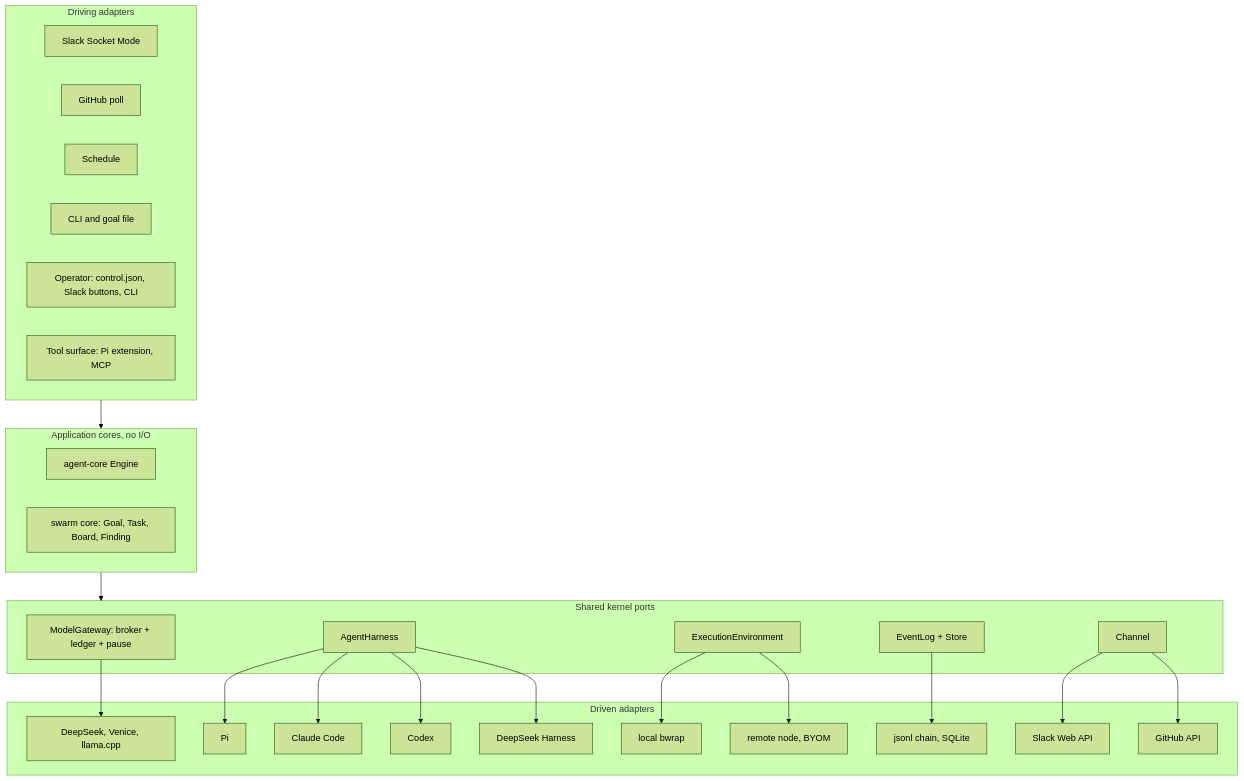
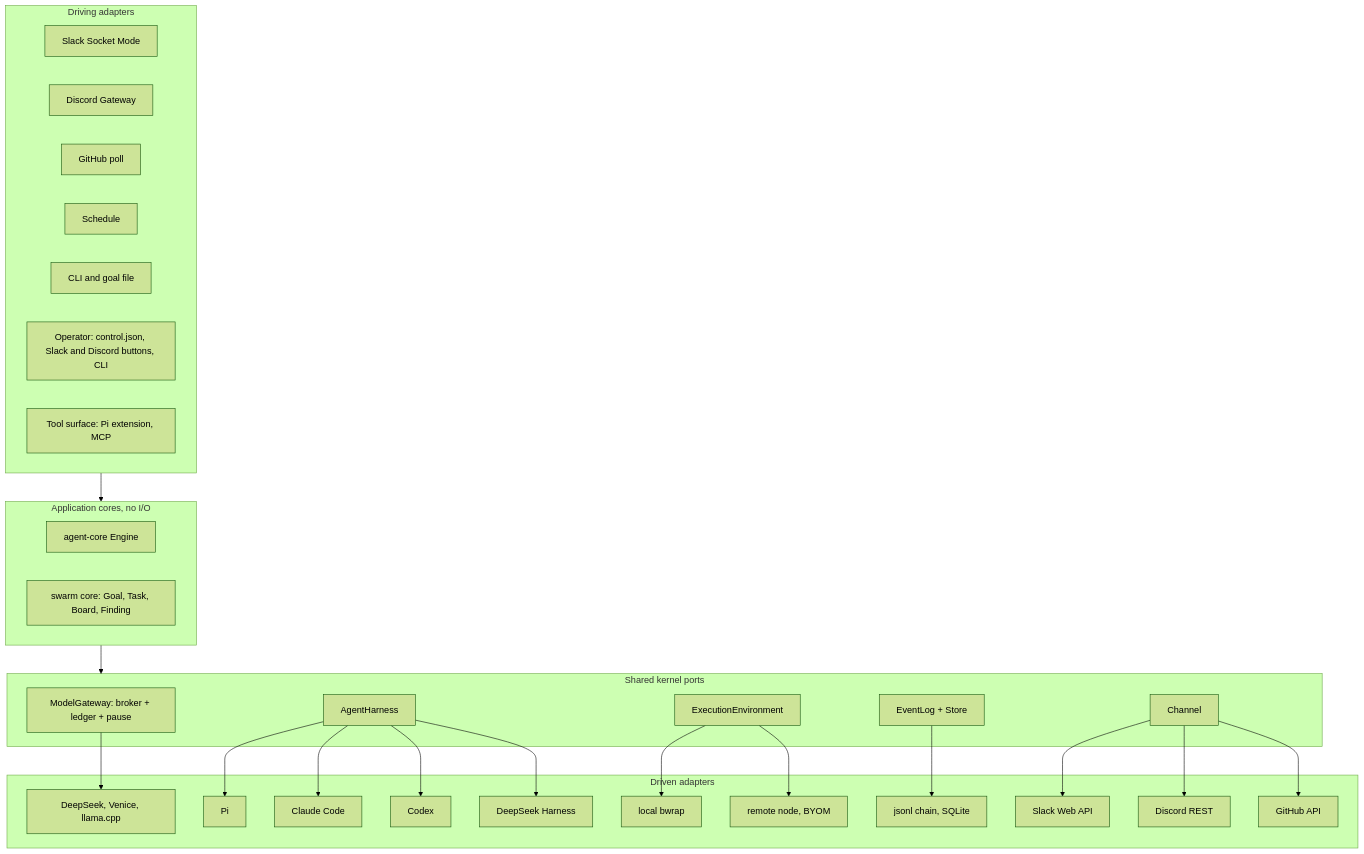
The second of 2 diagrams in docs/agent-mode/README.md (GuiBibeau/solos-swarm), drawn with Mermaid (forest theme) before and after one commit. The commit also changed other lines of this file and 2 other files, not shown here.

Commit message:
docs(agent-mode): Discord setup and the P11 status row

````diff
--- a/docs/agent-mode/README.md
+++ b/docs/agent-mode/README.md
@@ -107,36 +109,37 @@
 ```mermaid
 flowchart TB
   subgraph driving[Driving adapters]
     slack_in[Slack Socket Mode]
+    discord_in[Discord Gateway]
     gh_in[GitHub poll]
     sched[Schedule]
     cli[CLI and goal file]
-    op[Operator: control.json, Slack buttons, CLI]
+    op[Operator: control.json, Slack and Discord buttons, CLI]
     tools[Tool surface: Pi extension, MCP]
   end
   subgraph cores[Application cores, no I/O]
     agent[agent-core Engine]
     swarm[swarm core: Goal, Task, Board, Finding]
   end
   subgraph kernel[Shared kernel ports]
     gateway[ModelGateway: broker + ledger + pause]
     harness[AgentHarness]
     exec[ExecutionEnvironment]
     log[EventLog + Store]
     chan[Channel]
   end
   subgraph driven[Driven adapters]
     deepseek[DeepSeek, Venice, llama.cpp]
     pi[Pi] & claude[Claude Code] & codex[Codex] & dsh[DeepSeek Harness]
     bwrap[local bwrap] & node[remote node, BYOM]
     files[jsonl chain, SQLite]
-    slack_out[Slack Web API] & gh_out[GitHub API]
+    slack_out[Slack Web API] & discord_out[Discord REST] & gh_out[GitHub API]
   end
   driving --> cores
   cores --> kernel
   gateway --> deepseek
   harness --> pi & claude & codex & dsh
   exec --> bwrap & node
   log --> files
-  chan --> slack_out & gh_out
+  chan --> slack_out & discord_out & gh_out
 ```
````
